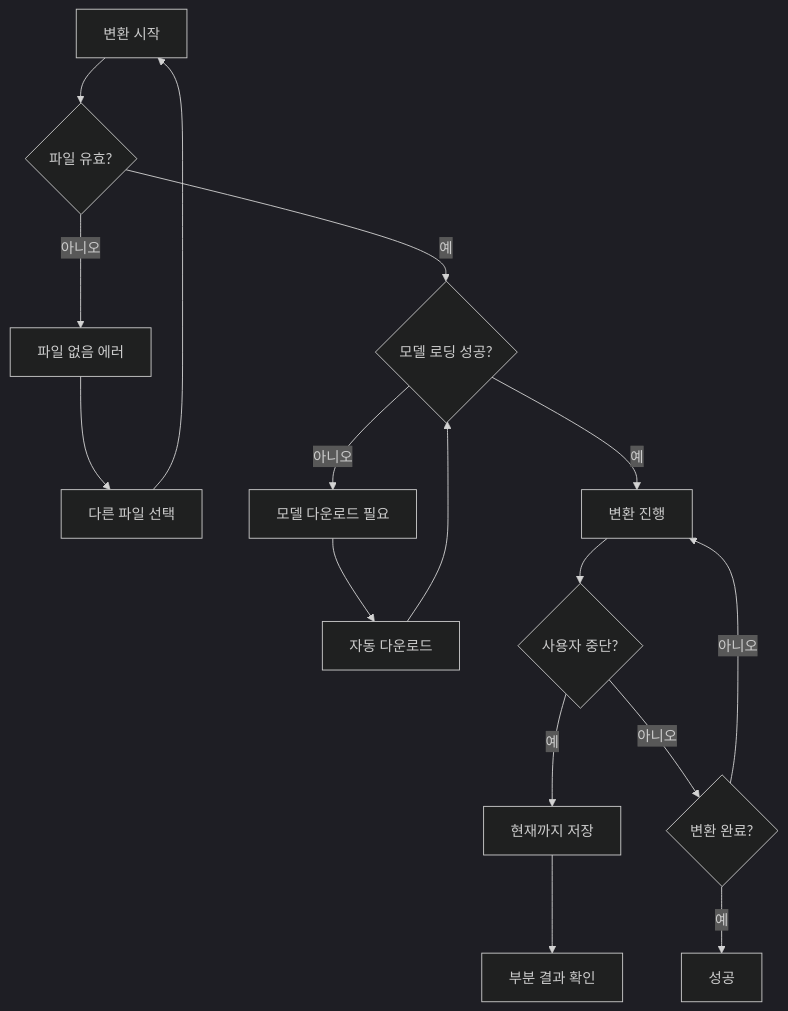
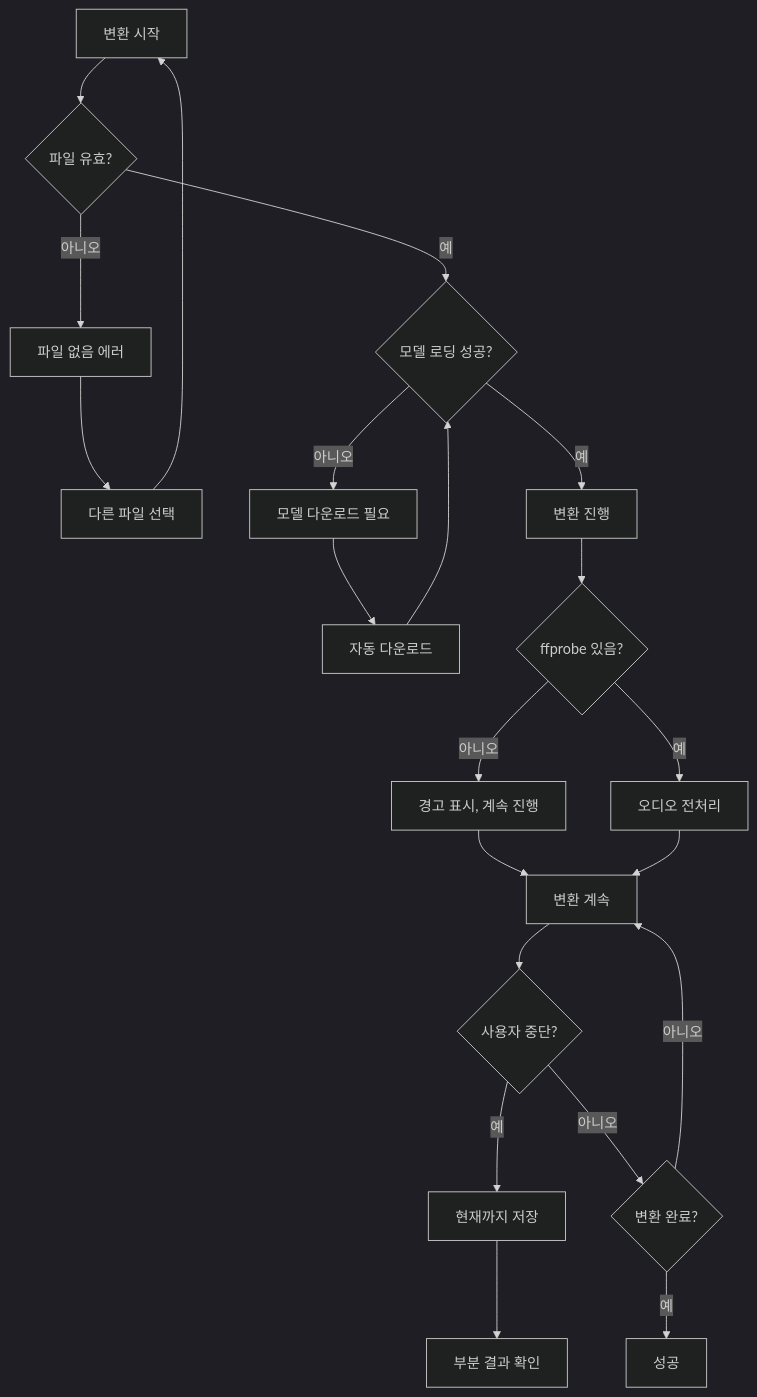
Before and after one commit to YeonHongMin/mp3m4a-to-text: the eighth of 8 diagrams in docs/3_User_Flow.md, drawn with Mermaid (dark theme). The commit also changed other lines of this file and 12 other files, not shown here.

````diff
--- a/docs/3_User_Flow.md
+++ b/docs/3_User_Flow.md
@@ -137,21 +369,27 @@
 ```mermaid
 flowchart TD
     A[변환 시작] --> B{파일 유효?}
     B -->|아니오| C[파일 없음 에러]
     C --> D[다른 파일 선택]
     D --> A
     
     B -->|예| E{모델 로딩 성공?}
     E -->|아니오| F[모델 다운로드 필요]
     F --> G[자동 다운로드]
     G --> E
     
     E -->|예| H[변환 진행]
-    H --> I{사용자 중단?}
-    I -->|예| J[현재까지 저장]
-    I -->|아니오| K{변환 완료?}
+    H --> I{ffprobe 있음?}
+    I -->|아니오| J[경고 표시, 계속 진행]
+    I -->|예| K[오디오 전처리]
     
-    K -->|아니오| H
-    K -->|예| L[성공]
-    J --> M[부분 결과 확인]
+    J --> L[변환 계속]
+    K --> L
+    L --> M{사용자 중단?}
+    M -->|예| N[현재까지 저장]
+    M -->|아니오| O{변환 완료?}
+    
+    O -->|아니오| L
+    O -->|예| P[성공]
+    N --> Q[부분 결과 확인]
 ```
````
